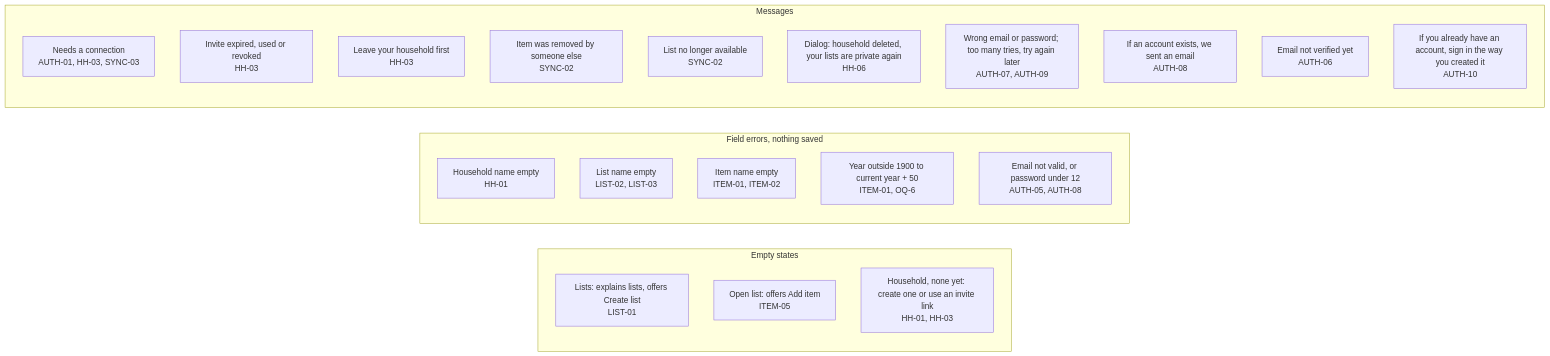
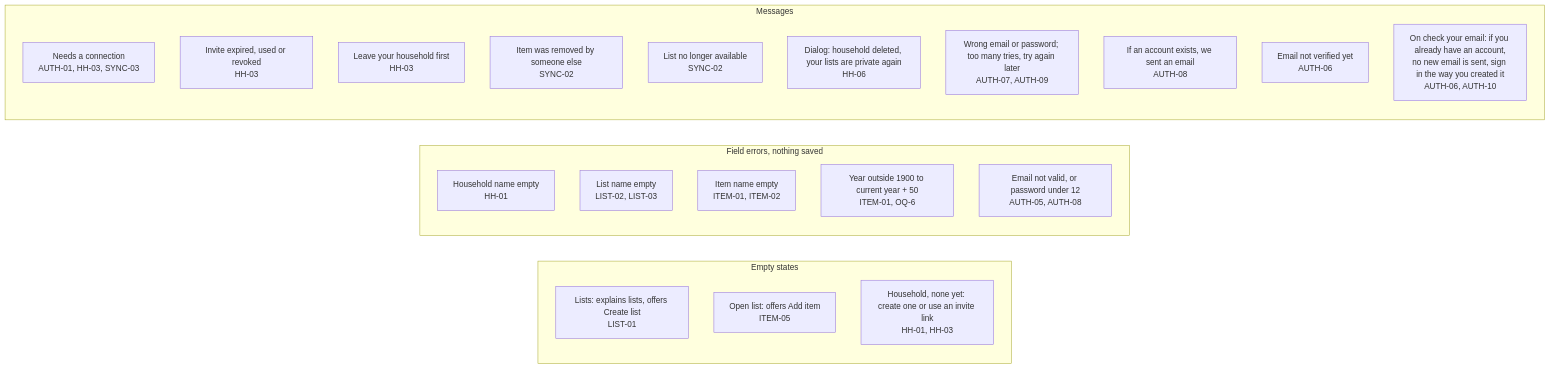
One commit to bondo/listicles2 changed diagram 11 of 11 in docs/product/flow.md. Above: the diagram before and after it, drawn with Mermaid. The commit also changed other lines of this file and 1 other file, not shown here.

````diff
--- a/docs/product/flow.md
+++ b/docs/product/flow.md
@@ -274,27 +273,27 @@
 ```mermaid
 flowchart LR
     subgraph empty ["Empty states"]
         e1["Lists: explains lists, offers Create list<br>LIST-01"]
         e2["Open list: offers Add item<br>ITEM-05"]
         e3["Household, none yet: create one or use an invite link<br>HH-01, HH-03"]
     end
     subgraph field ["Field errors, nothing saved"]
         f1["Household name empty<br>HH-01"]
         f2["List name empty<br>LIST-02, LIST-03"]
         f3["Item name empty<br>ITEM-01, ITEM-02"]
         f4["Year outside 1900 to current year + 50<br>ITEM-01, OQ-6"]
         f5["Email not valid, or password under 12<br>AUTH-05, AUTH-08"]
     end
     subgraph msg ["Messages"]
         m1["Needs a connection<br>AUTH-01, HH-03, SYNC-03"]
         m2["Invite expired, used or revoked<br>HH-03"]
         m3["Leave your household first<br>HH-03"]
         m4["Item was removed by someone else<br>SYNC-02"]
         m5["List no longer available<br>SYNC-02"]
         m6["Dialog: household deleted, your lists are private again<br>HH-06"]
         m7["Wrong email or password; too many tries, try again later<br>AUTH-07, AUTH-09"]
         m8["If an account exists, we sent an email<br>AUTH-08"]
         m9["Email not verified yet<br>AUTH-06"]
-        m10["If you already have an account, sign in the way you created it<br>AUTH-10"]
+        m10["On check your email: if you already have an account,<br>no new email is sent, sign in the way you created it<br>AUTH-06, AUTH-10"]
     end
 ```
````
